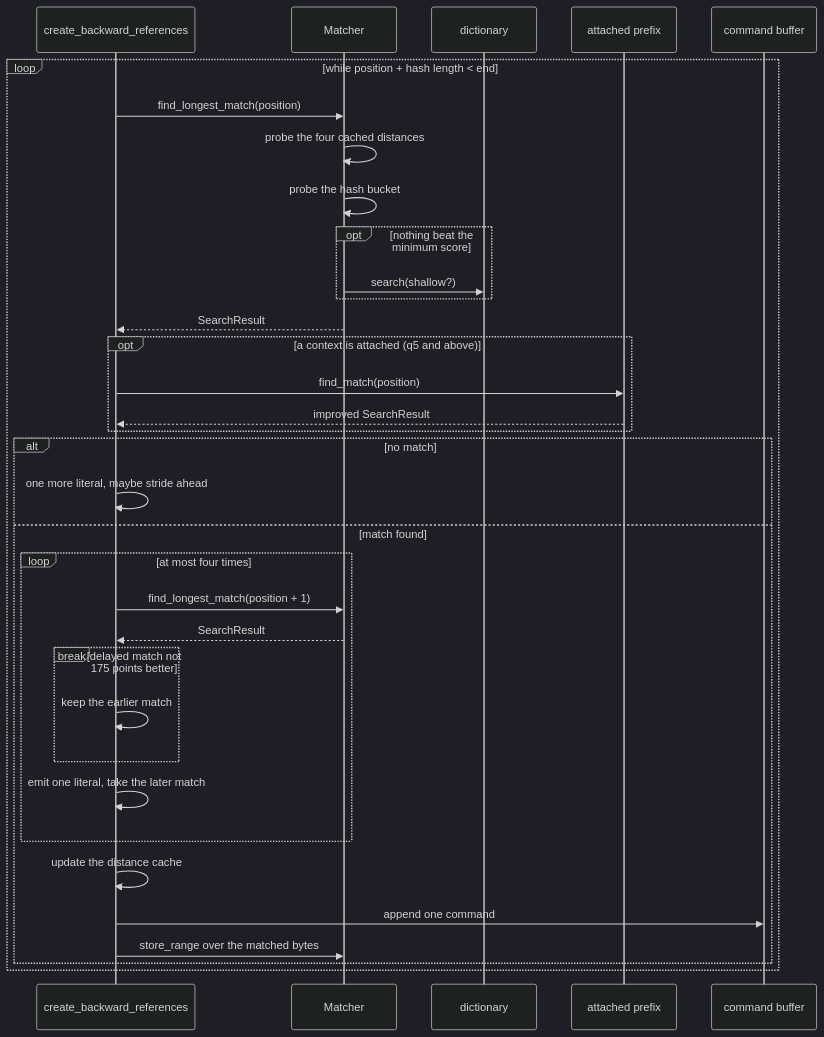
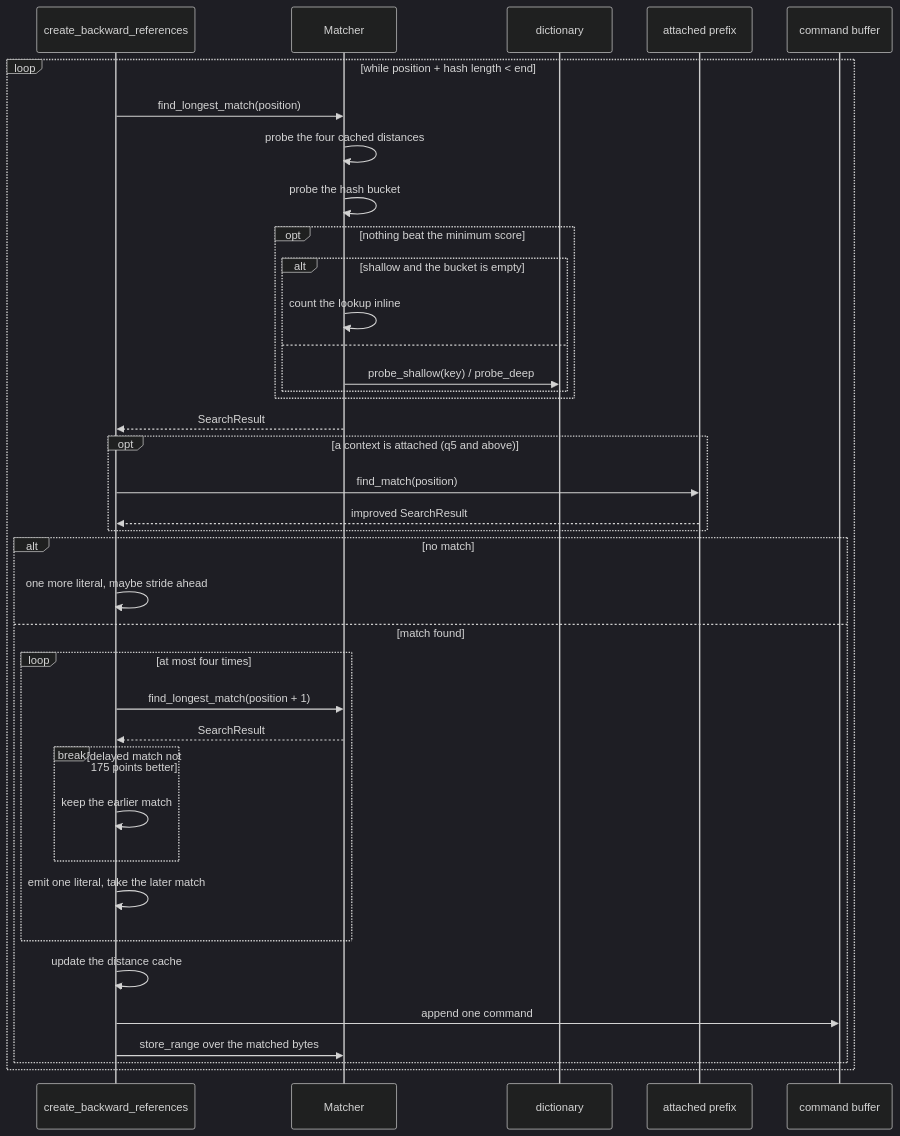
The tenth of 16 diagrams in architecture/greedy-encoder.md (Mnwa/mbrotli), drawn with Mermaid (dark theme) before and after one commit. The commit also changed other lines of this file and 184 other files, not shown here.

````diff
--- a/architecture/greedy-encoder.md
+++ b/architecture/greedy-encoder.md
@@ -624,37 +639,41 @@
 ```mermaid
 sequenceDiagram
     participant Search as create_backward_references
     participant Finder as Matcher
     participant Dict as dictionary
     participant Prefix as attached prefix
     participant Cmds as command buffer
 
     loop while position + hash length < end
         Search->>Finder: find_longest_match(position)
         Finder->>Finder: probe the four cached distances
         Finder->>Finder: probe the hash bucket
         opt nothing beat the minimum score
-            Finder->>Dict: search(shallow?)
+            alt shallow and the bucket is empty
+                Finder->>Finder: count the lookup inline
+            else
+                Finder->>Dict: probe_shallow(key) / probe_deep
+            end
         end
         Finder-->>Search: SearchResult
         opt a context is attached (q5 and above)
             Search->>Prefix: find_match(position)
             Prefix-->>Search: improved SearchResult
         end
         alt no match
             Search->>Search: one more literal, maybe stride ahead
         else match found
             loop at most four times
                 Search->>Finder: find_longest_match(position + 1)
                 Finder-->>Search: SearchResult
                 break delayed match not 175 points better
                     Search->>Search: keep the earlier match
                 end
                 Search->>Search: emit one literal, take the later match
             end
             Search->>Search: update the distance cache
             Search->>Cmds: append one command
             Search->>Finder: store_range over the matched bytes
         end
     end
 ```
````
